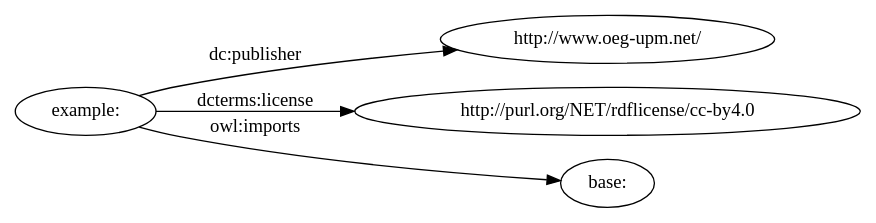
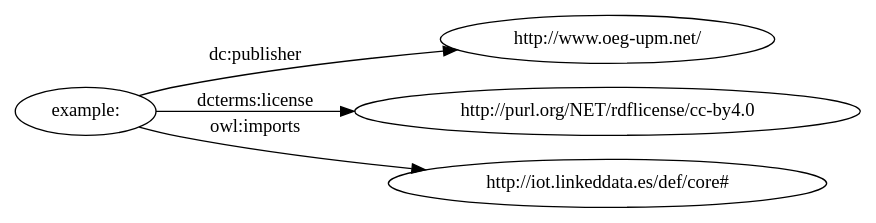
One commit to jpi-seb/pizza changed the diagram in OnToology/tutorial.ttl/diagrams/ar2dtool-class/tutorial.ttl.png.dot. Above: the diagram before and after it, drawn with Graphviz. The commit also changed 46 other files, not shown here.

```diff
--- a/OnToology/tutorial.ttl/diagrams/ar2dtool-class/tutorial.ttl.png.dot
+++ b/OnToology/tutorial.ttl/diagrams/ar2dtool-class/tutorial.ttl.png.dot
@@ -1,8 +1,8 @@
 digraph ar2dtool_diagram { 
 rankdir=LR;
 size="1501"
 	"example:" -> "http://www.oeg-upm.net/" [ label = "dc:publisher" ];
 	"example:" -> "http://purl.org/NET/rdflicense/cc-by4.0" [ label = "dcterms:license" ];
-	"example:" -> "base:" [ label = "owl:imports" ];
+	"example:" -> "http://iot.linkeddata.es/def/core#" [ label = "owl:imports" ];
 
 }
```
